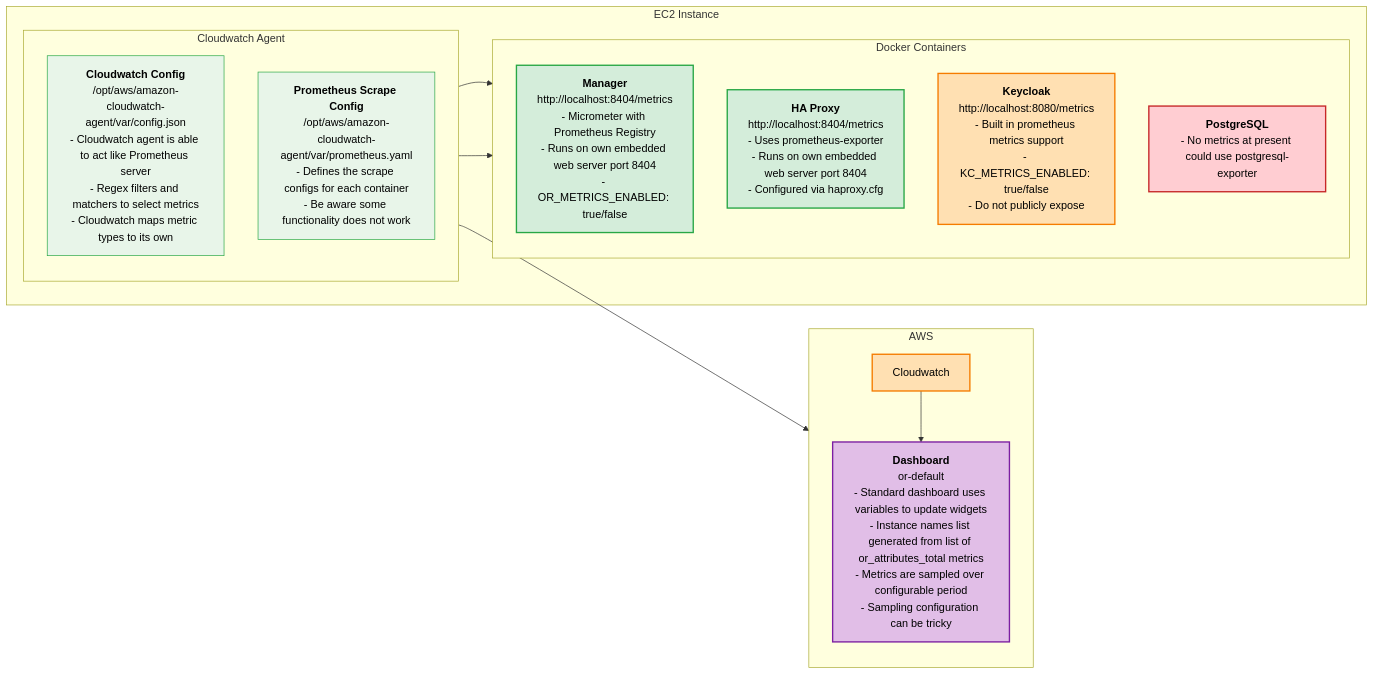
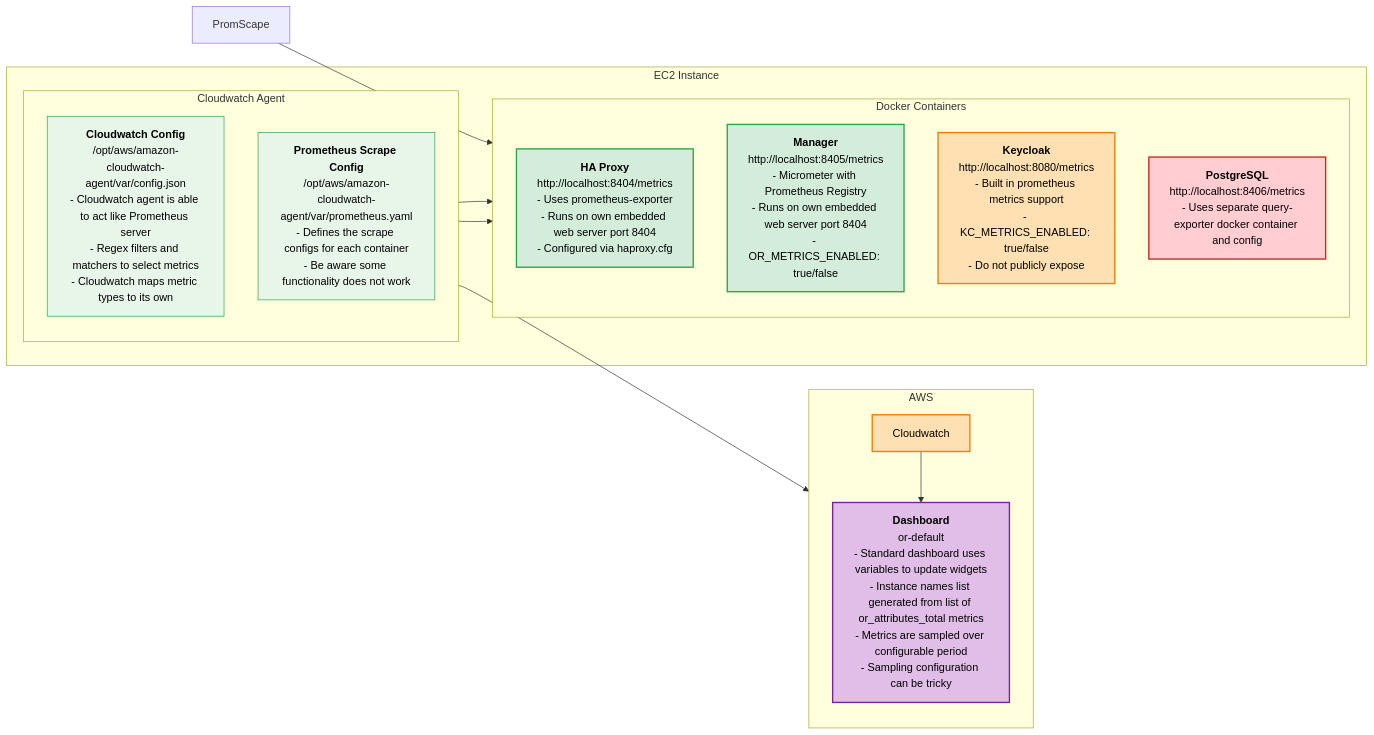
One commit to openremote/documentation changed the diagram in docs/user-guide/metrics.md. Above: the diagram before and after it, drawn with Mermaid. The commit also changed other lines of this file, not shown here.

````diff
--- a/docs/user-guide/metrics.md
+++ b/docs/user-guide/metrics.md
@@ -5,39 +5,40 @@
 ```mermaid
 graph LR
     %% Styling Definitions
     classDef greenStyle fill:#d4edda,stroke:#28a745,stroke-width:2px,color:#000;
     classDef innerGreenStyle fill:#e8f5e9,stroke:#28a745,stroke-width:1px,color:#000;
     classDef orangeStyle fill:#ffe0b2,stroke:#f57c00,stroke-width:2px,color:#000;
     classDef redStyle fill:#ffcdd2,stroke:#c62828,stroke-width:2px,color:#000;
     classDef purpleStyle fill:#e1bee7,stroke:#7b1fa2,stroke-width:2px,color:#000;
 
     subgraph AWS [AWS]
         direction TB
         CW[Cloudwatch]:::orangeStyle
         DB["<b>Dashboard</b><br/>or-default<br/>- Standard dashboard uses variables to update widgets<br/>- Instance names list generated from list of or_attributes_total metrics<br/>- Metrics are sampled over configurable period<br/>- Sampling configuration can be tricky"]:::purpleStyle
     end
 
     subgraph EC2 [EC2 Instance]
         
         subgraph CWAgent [Cloudwatch Agent]
             direction TB
             CWConfig["<b>Cloudwatch Config</b><br/>/opt/aws/amazon-cloudwatch-agent/var/config.json<br/>- Cloudwatch agent is able to act like Prometheus server<br/>- Regex filters and matchers to select metrics<br/>- Cloudwatch maps metric types to its own"]:::innerGreenStyle
             PromScrape["<b>Prometheus Scrape Config</b><br/>/opt/aws/amazon-cloudwatch-agent/var/prometheus.yaml<br/>- Defines the scrape configs for each container<br/>- Be aware some functionality does not work"]:::innerGreenStyle
         end
 
         subgraph Docker [Docker Containers]
             direction TB
-            Manager["<b>Manager</b><br/>http://localhost:8404/metrics<br/>- Micrometer with Prometheus Registry<br/>- Runs on own embedded web server port 8404<br/>- OR_METRICS_ENABLED: true/false"]:::greenStyle
             HAProxy["<b>HA Proxy</b><br/>http://localhost:8404/metrics<br/>- Uses prometheus-exporter<br/>- Runs on own embedded web server port 8404<br/>- Configured via haproxy.cfg"]:::greenStyle
+            Manager["<b>Manager</b><br/>http://localhost:8405/metrics<br/>- Micrometer with Prometheus Registry<br/>- Runs on own embedded web server port 8404<br/>- OR_METRICS_ENABLED: true/false"]:::greenStyle
             Keycloak["<b>Keycloak</b><br/>http://localhost:8080/metrics<br/>- Built in prometheus metrics support<br/>- KC_METRICS_ENABLED: true/false<br/>- Do not publicly expose"]:::orangeStyle
-            PostgreSQL["<b>PostgreSQL</b><br/>- No metrics at present could use postgresql-exporter"]:::redStyle
+            PostgreSQL["<b>PostgreSQL</b><br/>http://localhost:8406/metrics<br/>- Uses separate query-exporter docker container and config"]:::redStyle
         end
     end
 
     %% Connections
     PromScrape --> Manager
     PromScrape --> HAProxy
+    PromScape --> PostgreSQL
     CWAgent --> CW
     CW --> DB
 
 ```
````
